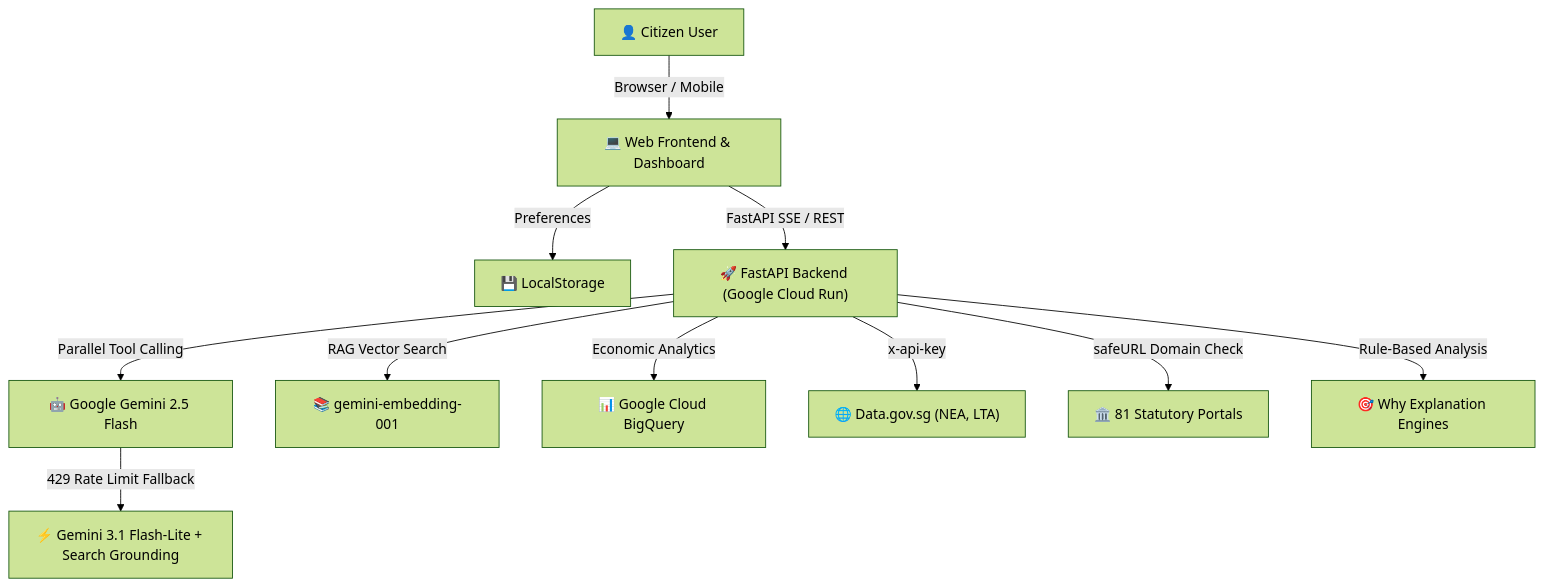
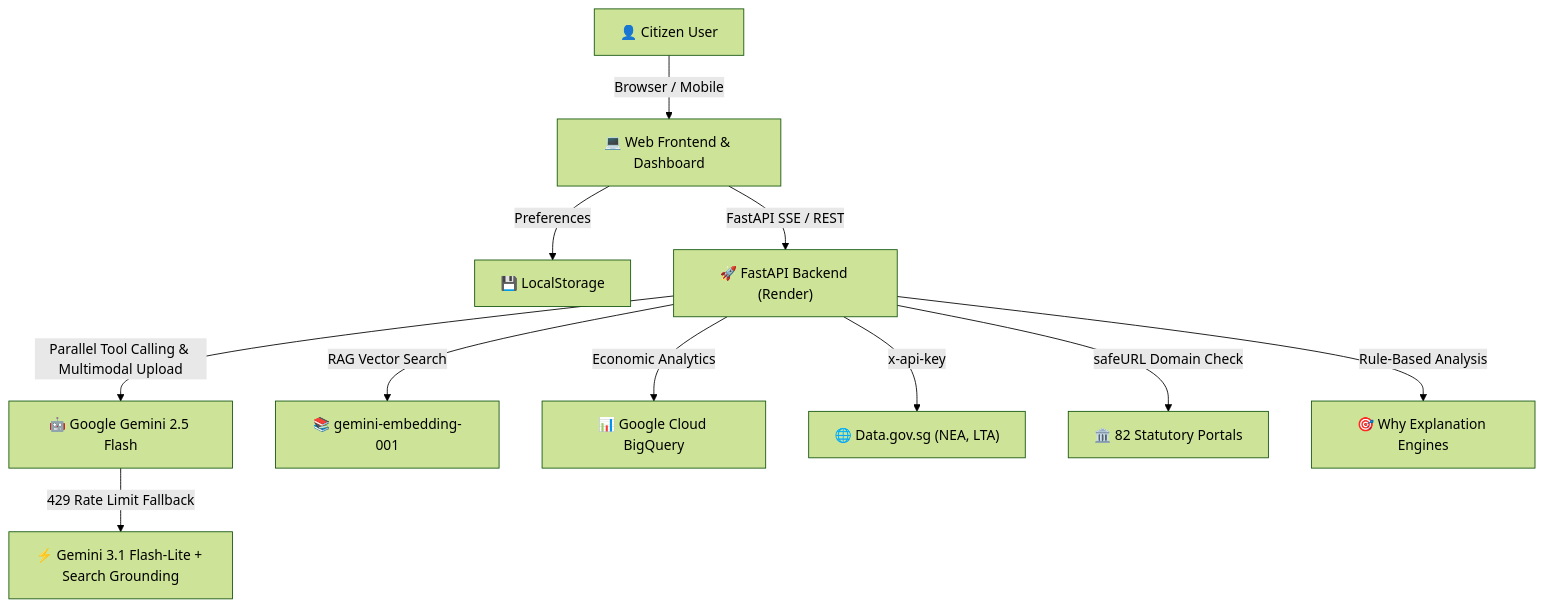
Before and after one commit to leshweyeewin/merlion-os: the diagram in docs/architecture_diagram.mmd, drawn with Mermaid (forest theme). The commit also changed 7 other files, not shown here.

```diff
--- a/docs/architecture_diagram.mmd
+++ b/docs/architecture_diagram.mmd
@@ -1,13 +1,13 @@
 flowchart TD
     User["👤 Citizen User"] -->|Browser / Mobile| FE["💻 Web Frontend & Dashboard"]
     FE -->|Preferences| LocalStorage["💾 LocalStorage"]
-    FE -->|FastAPI SSE / REST| API["🚀 FastAPI Backend (Google Cloud Run)"]
+    FE -->|FastAPI SSE / REST| API["🚀 FastAPI Backend (Render)"]
 
-    API -->|Parallel Tool Calling| Gemini["🤖 Google Gemini 2.5 Flash"]
+    API -->|Parallel Tool Calling & Multimodal Upload| Gemini["🤖 Google Gemini 2.5 Flash"]
     API -->|RAG Vector Search| Embed["📚 gemini-embedding-001"]
     Gemini -->|429 Rate Limit Fallback| FlashLite["⚡ Gemini 3.1 Flash-Lite + Search Grounding"]
 
     API -->|Economic Analytics| BQ["📊 Google Cloud BigQuery"]
     API -->|x-api-key| DataGov["🌐 Data.gov.sg (NEA, LTA)"]
-    API -->|safeURL Domain Check| GovPortals["🏛️ 81 Statutory Portals"]
+    API -->|safeURL Domain Check| GovPortals["🏛️ 82 Statutory Portals"]
     API -->|Rule-Based Analysis| WhyEngines["🎯 Why Explanation Engines"]
```
